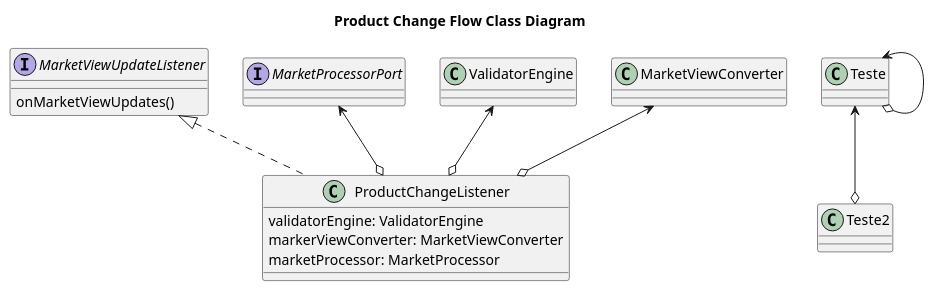
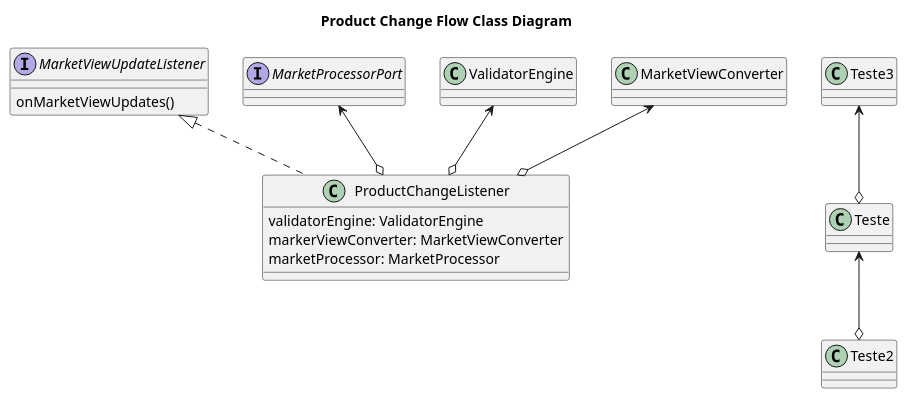
Before and after one commit to freitasm2/github-pages-with-jekyll: the diagram in docs/src/diagrams/productchange.puml, drawn with PlantUML.

Commit message:
add test

```diff
--- a/docs/src/diagrams/productchange.puml
+++ b/docs/src/diagrams/productchange.puml
@@ -1,28 +1,26 @@
 @startuml
 skinparam backgroundColor white
 
 title Product Change Flow Class Diagram
 
 class ProductChangeListener{
 validatorEngine: ValidatorEngine
 markerViewConverter: MarketViewConverter
 marketProcessor: MarketProcessor
 }
 
 interface MarketViewUpdateListener{
 onMarketViewUpdates()
 }
 
 interface MarketProcessorPort{
 }
 
 MarketViewUpdateListener <|.. ProductChangeListener
 ValidatorEngine <--o ProductChangeListener
 MarketViewConverter <--o ProductChangeListener
 MarketProcessorPort <--o ProductChangeListener
-Teste <--o Teste
+Teste3 <--o Teste
 Teste <--o Teste2
 
-
-
 @enduml
```
